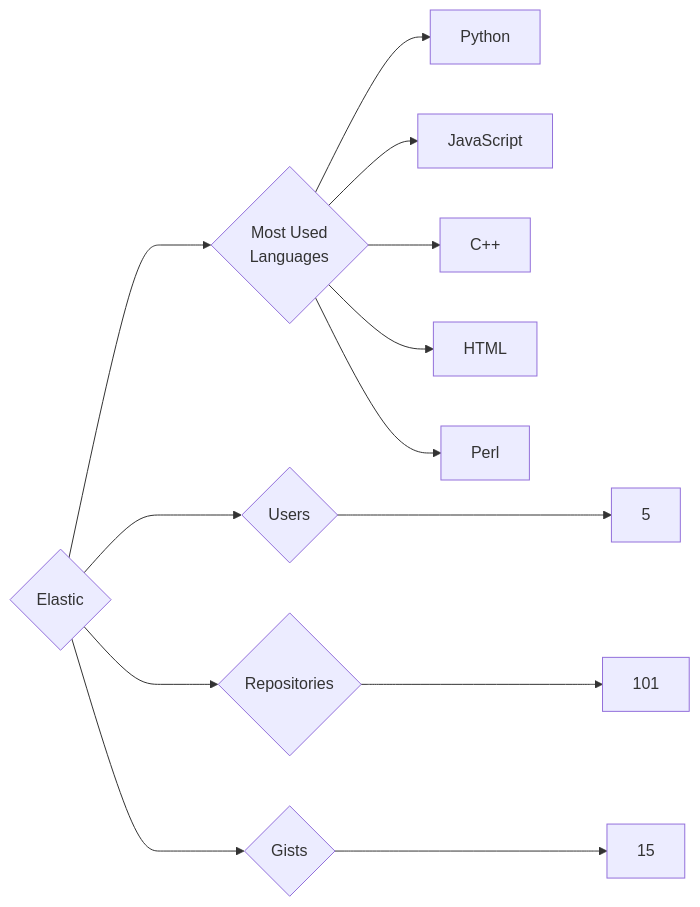
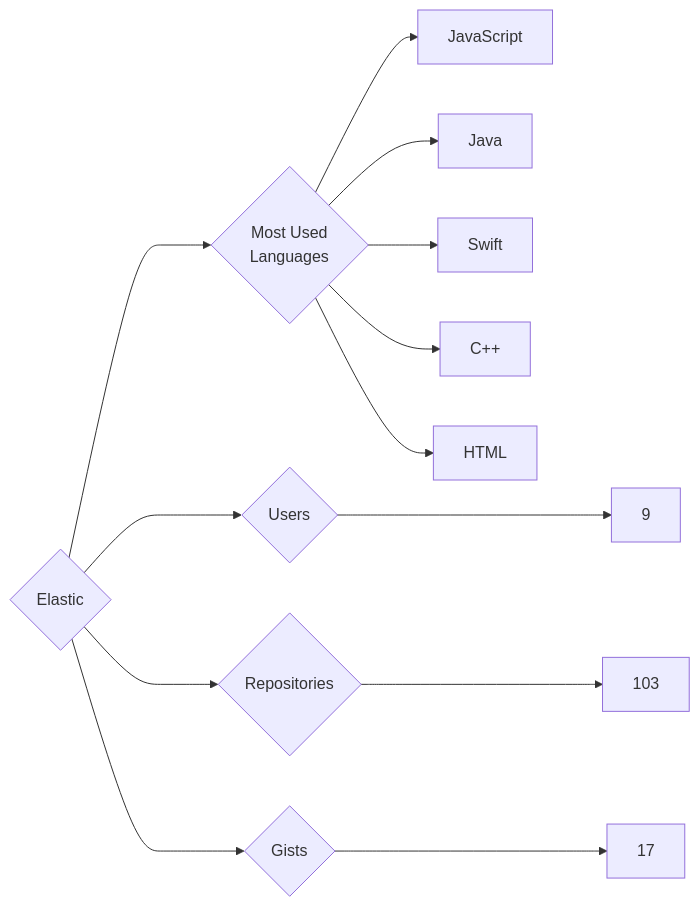
The diagram in targets/Elastic/README.md (trickest/insiders), drawn with Mermaid before and after one commit. The commit also changed 865 other files, not shown here.

````diff
--- a/targets/Elastic/README.md
+++ b/targets/Elastic/README.md
@@ -3,13 +3,13 @@
 ```mermaid
 graph LR
 COMPANY_NAME{Elastic}
-COMPANY_NAME ---> U{Users} ---> UN[5]
-COMPANY_NAME ---> R{Repositories} ---> RN[101]
-COMPANY_NAME ---> G{Gists} ---> GN[15]
+COMPANY_NAME ---> U{Users} ---> UN[9]
+COMPANY_NAME ---> R{Repositories} ---> RN[103]
+COMPANY_NAME ---> G{Gists} ---> GN[17]
 COMPANY_NAME ---> ML{Most Used<br>Languages}
-ML --> Python[Python]
 ML --> JavaScript[JavaScript]
+ML --> Java[Java]
+ML --> Swift[Swift]
 ML --> C++[C++]
 ML --> HTML[HTML]
-ML --> Perl[Perl]
 ```
````
